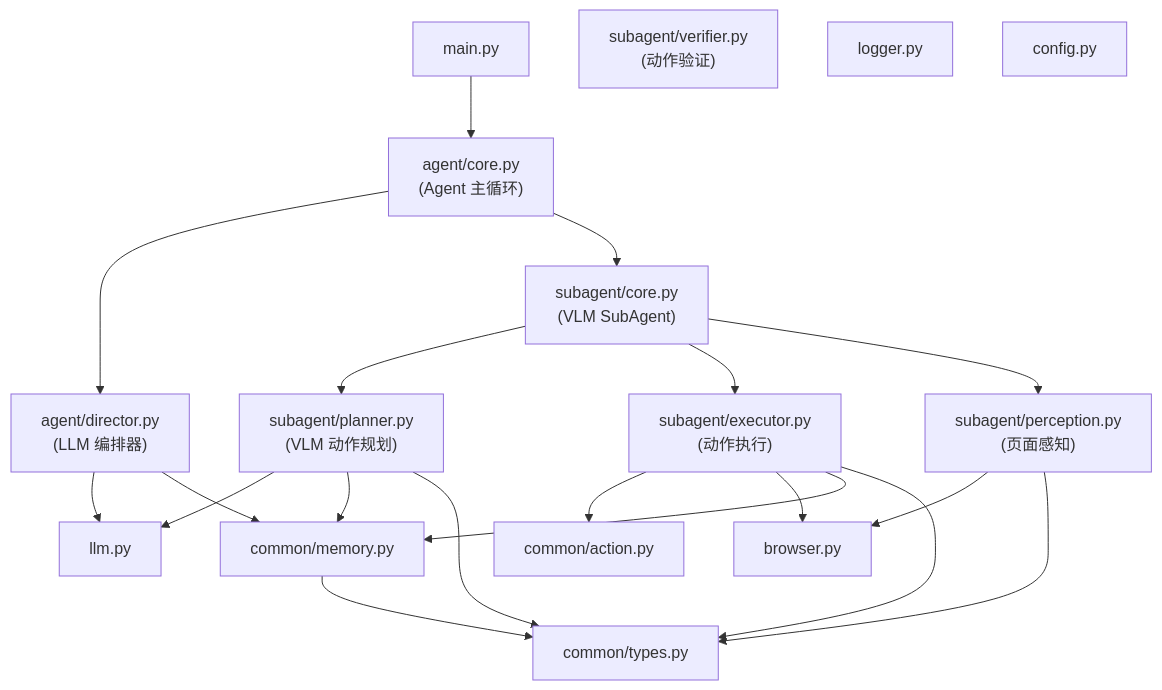
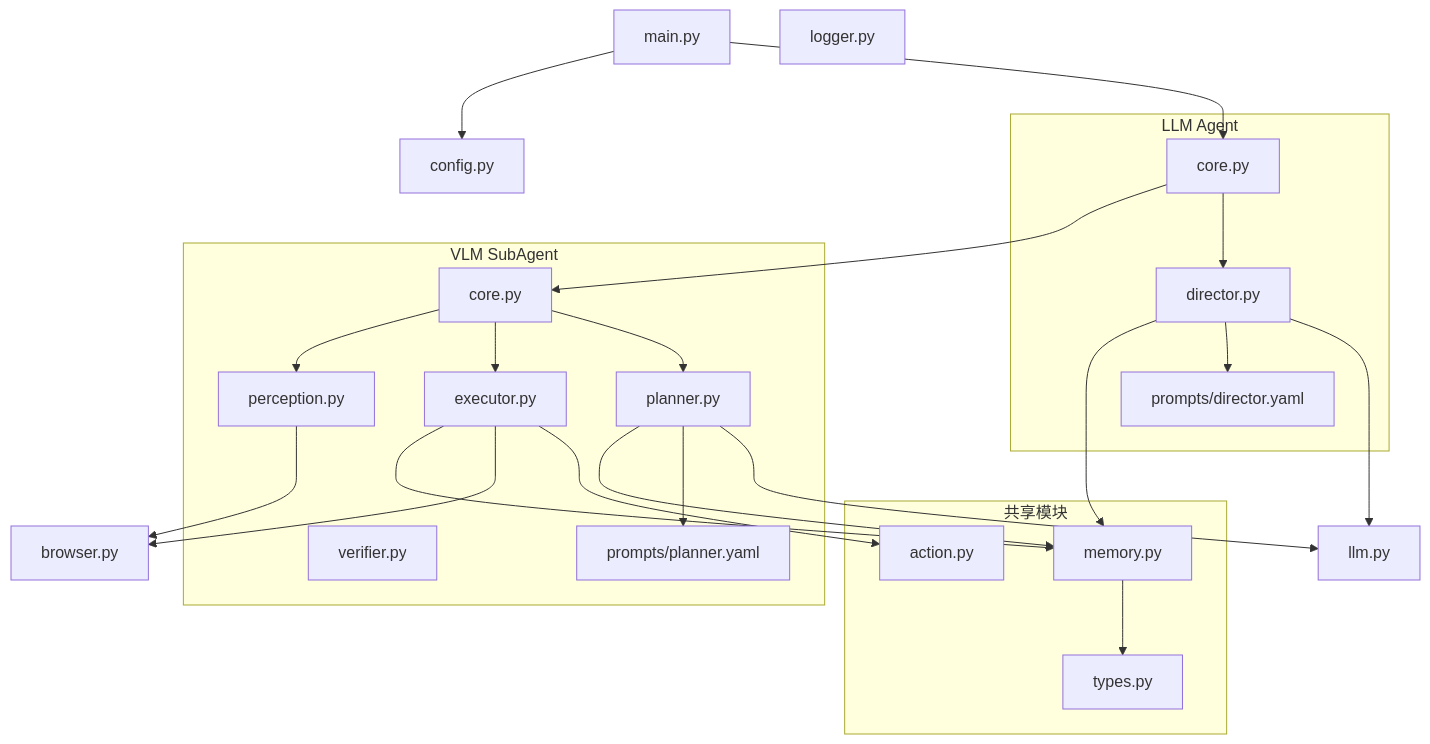
The diagram in docs/design.md (uniqueHRX/ClassicWebAgent), drawn with Mermaid before and after one commit. The commit also changed other lines of this file and 23 other files, not shown here.

````diff
--- a/docs/design.md
+++ b/docs/design.md
@@ -89,41 +90,54 @@
 ```mermaid
 graph TD
     MAIN[main.py]
-    AGENT["agent/core.py<br/>(Agent 主循环)"]
-    DIR["agent/director.py<br/>(LLM 编排器)"]
-    SUB["subagent/core.py<br/>(VLM SubAgent)"]
-    SPL["subagent/planner.py<br/>(VLM 动作规划)"]
-    SEX["subagent/executor.py<br/>(动作执行)"]
-    SPE["subagent/perception.py<br/>(页面感知)"]
-    SVER["subagent/verifier.py<br/>(动作验证)"]
-    MEM[common/memory.py]
-    ACT[common/action.py]
-    TYP[common/types.py]
+    CFG[config.py]
+    LOG[logger.py]
     BR[browser.py]
     LLM[llm.py]
-    LOG[logger.py]
-    CFG[config.py]
+
+    subgraph agent [LLM Agent]
+        AGENT["core.py"]
+        DIR["director.py"]
+        DPR["prompts/director.yaml"]
+    end
+
+    subgraph subagent [VLM SubAgent]
+        SUB["core.py"]
+        SPL["planner.py"]
+        SEX["executor.py"]
+        SPE["perception.py"]
+        SVER["verifier.py"]
+        SPR["prompts/planner.yaml"]
+    end
+
+    subgraph common [共享模块]
+        TYP["types.py"]
+        MEM["memory.py"]
+        ACT["action.py"]
+    end
 
     MAIN --> AGENT
+    MAIN --> CFG
     AGENT --> DIR
     AGENT --> SUB
+
+    DIR --> LLM
+    DIR --> DPR
+    DIR --> MEM
 
     SUB --> SPL
     SUB --> SEX
     SUB --> SPE
 
     SPL --> LLM
+    SPL --> SPR
     SPL --> MEM
-    SPL --> TYP
+
     SEX --> ACT
     SEX --> BR
     SEX --> MEM
-    SEX --> TYP
+
     SPE --> BR
-    SPE --> TYP
-
-    DIR --> LLM
-    DIR --> MEM
 
     MEM --> TYP
 ```
````
